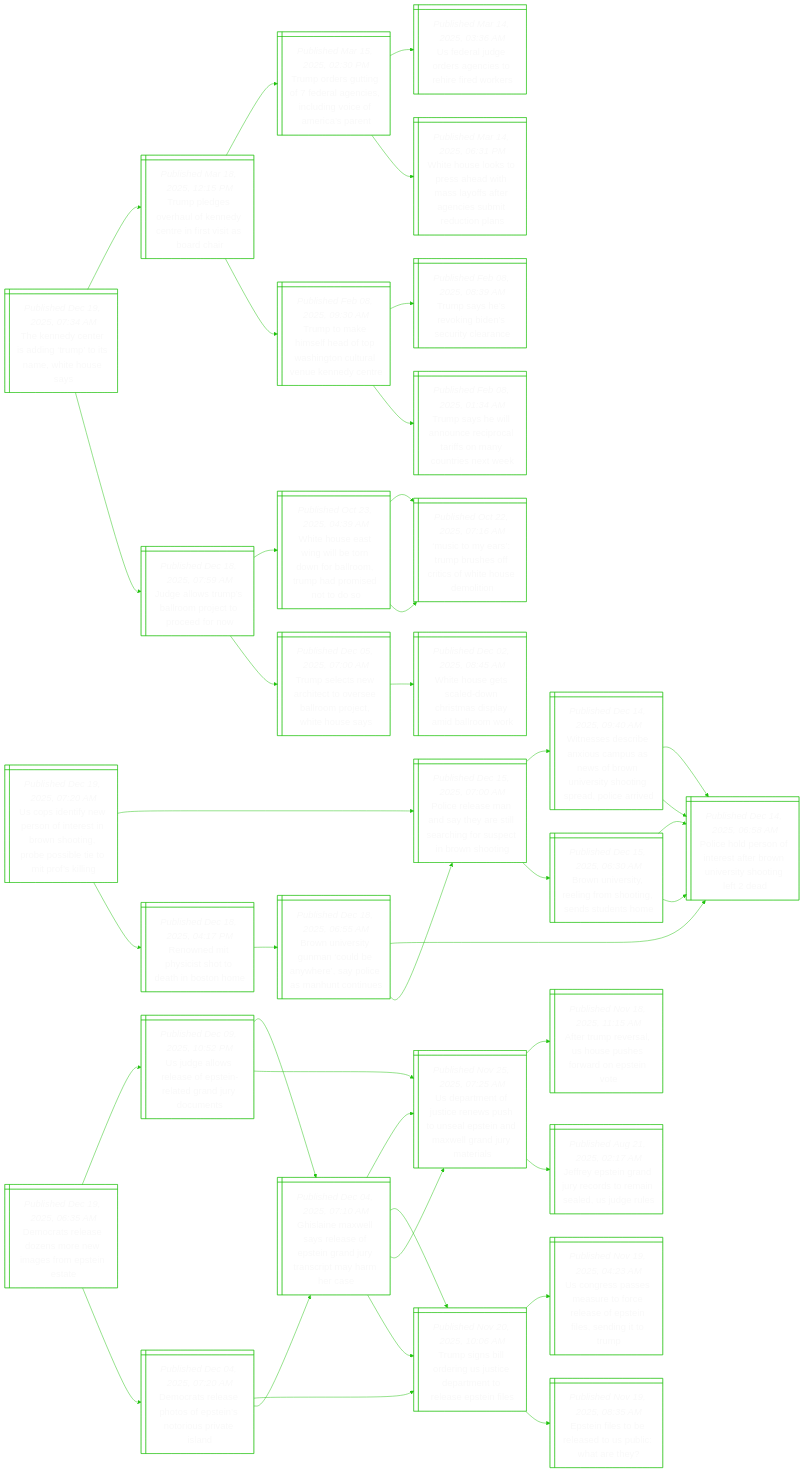
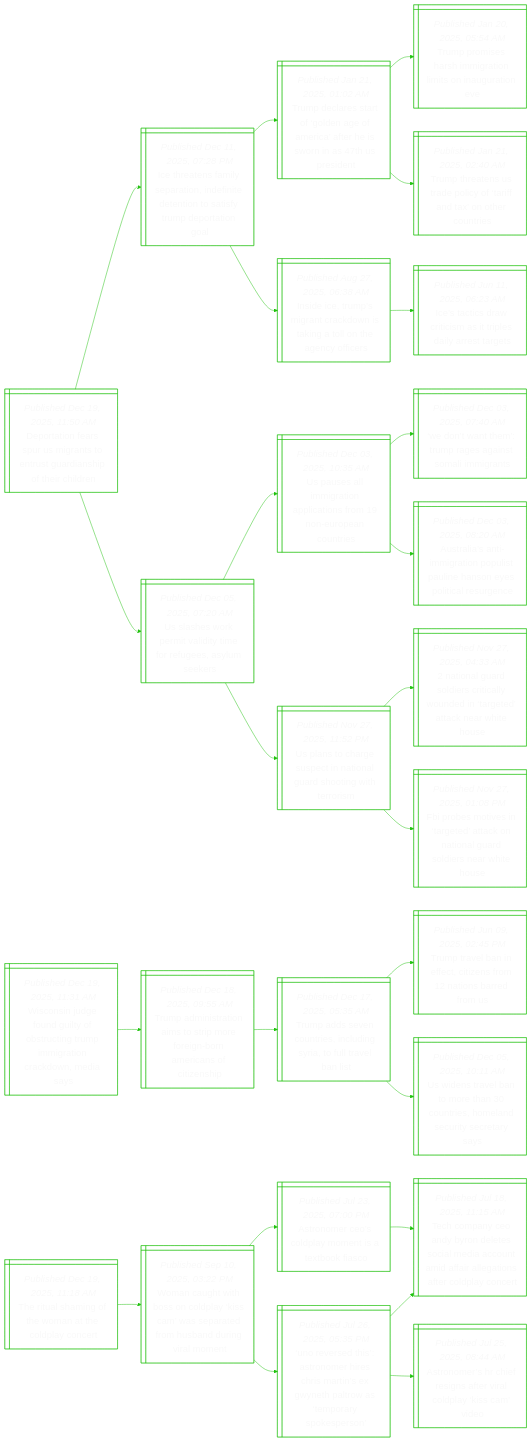
Before and after one commit to notJmes/notJmes: the diagram in README.md, drawn with Mermaid. The commit also changed other lines of this file, not shown here.

````diff
--- a/README.md
+++ b/README.md
@@ -16,130 +16,85 @@
 flowchart LR
 classDef txtsize font-size:20px;
 
-TnCrdroaiuy@{ shape: win-pane, label: "_Published Dec 19, 2025, 07:34 AM_
-The kennedy center is adding ‘trump’ to its name, white house says" }
-Tperoneisioh@{ shape: win-pane, label: "_Published Mar 18, 2025, 12:15 PM_
-Trump pledges overhaul of kennedy centre in first visit as board chair" }
-Tosifanidofia@{ shape: win-pane, label: "_Published Mar 15, 2025, 02:30 PM_
-Trump orders gutting of 7 federal agencies, including voice of america’s parent" }
-Ueurairede@{ shape: win-pane, label: "_Published Mar 14, 2025, 03:36 AM_
-Us federal judge orders agencies to rehire fired workers" }
-WHltsahlfenstcp@{ shape: win-pane, label: "_Published Mar 14, 2025, 06:31 PM_
-White house looks to press ahead with mass layoffs after agencies submit reduction plans" }
-TteeaohotvKdt@{ shape: win-pane, label: "_Published Feb 08, 2025, 09:30 AM_
-Trump to make himself head of top washington cultural venue kennedy centre" }
-TseoBsrln@{ shape: win-pane, label: "_Published Feb 08, 2025, 08:39 AM_
-Trump says he’s revoking biden’s security clearance" }
-Tseanccroytne@{ shape: win-pane, label: "_Published Feb 08, 2025, 01:34 AM_
-Trump says he will announce reciprocal tariffs on many countries next week" }
-Jasplpcrdo@{ shape: win-pane, label: "_Published Dec 18, 2025, 07:59 AM_
-Judge allows trump’s ballroom project to proceed for now" }
-WHEilowboudioo@{ shape: win-pane, label: "_Published Oct 23, 2025, 04:39 AM_
-White house east wing will be torn down for ballroom, trump had promised not to do so" }
-Mtauuoiotsoo@{ shape: win-pane, label: "_Published Oct 22, 2025, 07:16 AM_
-‘music to my ears’: trump brushes off critics of white house demolition" }
-Mtauuoiotsoo@{ shape: win-pane, label: "_Published Oct 22, 2025, 07:16 AM_
-‘music to my ears’: trump brushes off critics of white house demolition" }
-Tstatoslmeiuy@{ shape: win-pane, label: "_Published Dec 05, 2025, 07:00 AM_
-Trump selects new architect to oversee ballroom project, white house says" }
-WHgcdhmsaaok@{ shape: win-pane, label: "_Published Dec 02, 2025, 08:45 AM_
-White house gets scaled-down christmas display amid ballroom work" }
+DtnsUrtruapein@{ shape: win-pane, label: "_Published Dec 19, 2025, 11:50 AM_
+Deportation fears spur us migrants to entrust guardianship of their children" }
+Irnipiditoayprol@{ shape: win-pane, label: "_Published Dec 11, 2025, 07:28 PM_
+Ice threatens family separation, indefinite detention to satisfy trump deportation goal" }
+TdragnfitirsPd@{ shape: win-pane, label: "_Published Jan 21, 2025, 01:02 AM_
+Trump declares start of ‘golden age of america’ after he is sworn in as 47th us president" }
+Tpsrmtioutv@{ shape: win-pane, label: "_Published Jan 20, 2025, 05:54 AM_
+Trump promises harsh immigration limits on inauguration eve" }
+TttSecaaxhue@{ shape: win-pane, label: "_Published Jan 21, 2025, 02:40 AM_
+Trump threatens us trade policy of ‘tariff and tax’ on other countries" }
+Iermncnktngoe@{ shape: win-pane, label: "_Published Aug 27, 2025, 06:38 AM_
+Inside ice, trump’s migrant crackdown is taking a toll on the agency officers" }
+Iasccsidate@{ shape: win-pane, label: "_Published Jun 11, 2025, 06:23 AM_
+Ice’s tactics draw criticism as it triples daily arrest targets" }
+Usorateeele@{ shape: win-pane, label: "_Published Dec 05, 2025, 07:20 AM_
+Us slashes work permit validity time for refugees, asylum seekers" }
+Uslgolirnpoi@{ shape: win-pane, label: "_Published Dec 03, 2025, 10:35 AM_
+Us pauses all immigration applications from 19 non-european countries" }
+Wttragtlit@{ shape: win-pane, label: "_Published Dec 03, 2025, 07:40 AM_
+‘we don’t want them’: trump rages against somali immigrants" }
+AaamapiuHnpiee@{ shape: win-pane, label: "_Published Dec 03, 2025, 08:20 AM_
+Australia’s anti-immigration populist pauline hanson eyes political resurgence" }
+Unhscaarowei@{ shape: win-pane, label: "_Published Nov 27, 2025, 11:52 PM_
+Us plans to charge suspect in national guard shooting with terrorism" }
+Nnalsiydttteiu@{ shape: win-pane, label: "_Published Nov 27, 2025, 04:33 AM_
+2 national guard soldiers critically wounded in ‘targeted’ attack near white house" }
+Foosrdcaardnho@{ shape: win-pane, label: "_Published Nov 27, 2025, 01:08 PM_
+Fbi probes motives in ‘targeted’ attack on national guard soldiers near white house" }
 
-TnCrdroaiuy:::txtsize --> Tperoneisioh:::txtsize
-Tperoneisioh:::txtsize --> Tosifanidofia:::txtsize
-Tosifanidofia:::txtsize --> Ueurairede:::txtsize
-Tosifanidofia:::txtsize --> WHltsahlfenstcp:::txtsize
-Tperoneisioh:::txtsize --> TteeaohotvKdt:::txtsize
-TteeaohotvKdt:::txtsize --> TseoBsrln:::txtsize
-TteeaohotvKdt:::txtsize --> Tseanccroytne:::txtsize
-TnCrdroaiuy:::txtsize --> Jasplpcrdo:::txtsize
-Jasplpcrdo:::txtsize --> WHEilowboudioo:::txtsize
-WHEilowboudioo:::txtsize --> Mtauuoiotsoo:::txtsize
-WHEilowboudioo:::txtsize --> Mtauuoiotsoo:::txtsize
-Jasplpcrdo:::txtsize --> Tstatoslmeiuy:::txtsize
-Tstatoslmeiuy:::txtsize --> WHgcdhmsaaok:::txtsize
+DtnsUrtruapein:::txtsize --> Irnipiditoayprol:::txtsize
+Irnipiditoayprol:::txtsize --> TdragnfitirsPd:::txtsize
+TdragnfitirsPd:::txtsize --> Tpsrmtioutv:::txtsize
+TdragnfitirsPd:::txtsize --> TttSecaaxhue:::txtsize
+Irnipiditoayprol:::txtsize --> Iermncnktngoe:::txtsize
+Iermncnktngoe:::txtsize --> Iasccsidate:::txtsize
+DtnsUrtruapein:::txtsize --> Usorateeele:::txtsize
+Usorateeele:::txtsize --> Uslgolirnpoi:::txtsize
+Uslgolirnpoi:::txtsize --> Wttragtlit:::txtsize
+Uslgolirnpoi:::txtsize --> AaamapiuHnpiee:::txtsize
+Usorateeele:::txtsize --> Unhscaarowei:::txtsize
+Unhscaarowei:::txtsize --> Nnalsiydttteiu:::txtsize
+Unhscaarowei:::txtsize --> Foosrdcaardnho:::txtsize
 
-UstesieBsioseorig@{ shape: win-pane, label: "_Published Dec 19, 2025, 07:20 AM_
-Us cops identify new person of interest in brown shooting, probe possible tie to mit prof’s killing" }
-PeanayteireBsi@{ shape: win-pane, label: "_Published Dec 15, 2025, 07:00 AM_
-Police release man and say they are still searching for suspect in brown shooting" }
-Wsebiaasoiiogair@{ shape: win-pane, label: "_Published Dec 14, 2025, 09:40 AM_
-Witnesses describe anxious campus as news of brown university shooting spread, police arrived" }
-Pepnttrneytea@{ shape: win-pane, label: "_Published Dec 14, 2025, 06:58 AM_
-Police hold person of interest after brown university shooting left 2 dead" }
-Pepnttrneytea@{ shape: win-pane, label: "_Published Dec 14, 2025, 06:58 AM_
-Police hold person of interest after brown university shooting left 2 dead" }
-BUrrnmtette@{ shape: win-pane, label: "_Published Dec 15, 2025, 06:30 AM_
-Brown university, reeling from shooting, sends students home" }
-Pepnttrneytea@{ shape: win-pane, label: "_Published Dec 14, 2025, 06:58 AM_
-Police hold person of interest after brown university shooting left 2 dead" }
-Pepnttrneytea@{ shape: win-pane, label: "_Published Dec 14, 2025, 06:58 AM_
-Police hold person of interest after brown university shooting left 2 dead" }
-RnTisohso@{ shape: win-pane, label: "_Published Dec 18, 2025, 04:17 PM_
-Renowned mit physicist shot to death in boston home" }
-BUrgndyeoahou@{ shape: win-pane, label: "_Published Dec 18, 2025, 06:55 AM_
-Brown university gunman ‘could be anywhere’, say police as manhunt continues" }
-Pepnttrneytea@{ shape: win-pane, label: "_Published Dec 14, 2025, 06:58 AM_
-Police hold person of interest after brown university shooting left 2 dead" }
-PeanayteireBsi@{ shape: win-pane, label: "_Published Dec 15, 2025, 07:00 AM_
-Police release man and say they are still searching for suspect in brown shooting" }
+Wnuouotiumtrody@{ shape: win-pane, label: "_Published Dec 19, 2025, 11:31 AM_
+Wisconsin judge found guilty of obstructing trump immigration crackdown, media says" }
+TaitismonAcfzi@{ shape: win-pane, label: "_Published Dec 18, 2025, 09:55 AM_
+Trump administration aims to strip more foreign-born americans of citizenship" }
+Taeoicniuaat@{ shape: win-pane, label: "_Published Dec 17, 2025, 05:35 AM_
+Trump adds seven countries, including syria, to full travel ban list" }
+Ttlncifasem@{ shape: win-pane, label: "_Published Jun 09, 2025, 02:45 PM_
+Trump travel ban in effect, citizens from 12 nations barred from us" }
+Ueaaoansletry@{ shape: win-pane, label: "_Published Dec 05, 2025, 10:11 AM_
+Us widens travel ban to more than 30 countries, homeland security secretary says" }
 
-UstesieBsioseorig:::txtsize --> PeanayteireBsi:::txtsize
-PeanayteireBsi:::txtsize --> Wsebiaasoiiogair:::txtsize
-Wsebiaasoiiogair:::txtsize --> Pepnttrneytea:::txtsize
-Wsebiaasoiiogair:::txtsize --> Pepnttrneytea:::txtsize
-PeanayteireBsi:::txtsize --> BUrrnmtette:::txtsize
-BUrrnmtette:::txtsize --> Pepnttrneytea:::txtsize
-BUrrnmtette:::txtsize --> Pepnttrneytea:::txtsize
-UstesieBsioseorig:::txtsize --> RnTisohso:::txtsize
-RnTisohso:::txtsize --> BUrgndyeoahou:::txtsize
-BUrgndyeoahou:::txtsize --> Pepnttrneytea:::txtsize
-BUrgndyeoahou:::txtsize --> PeanayteireBsi:::txtsize
+Wnuouotiumtrody:::txtsize --> TaitismonAcfzi:::txtsize
+TaitismonAcfzi:::txtsize --> Taeoicniuaat:::txtsize
+Taeoicniuaat:::txtsize --> Ttlncifasem:::txtsize
+Taeoicniuaat:::txtsize --> Ueaaoansletry:::txtsize
 
-Dreenemfpnt@{ shape: win-pane, label: "_Published Dec 19, 2025, 06:35 AM_
-Democrats release dozens more new images from epstein estate" }
-Ugoloteddde@{ shape: win-pane, label: "_Published Dec 09, 2025, 10:52 PM_
-Us judge allows release of epstein-related grand jury documents" }
-Gaalrspndtcmrc@{ shape: win-pane, label: "_Published Dec 04, 2025, 07:10 AM_
-Ghislaine maxwell says release of epstein grand jury transcript may harm her case" }
-Uanuewhspnaldmi@{ shape: win-pane, label: "_Published Nov 25, 2025, 07:25 AM_
-Us department of justice renews push to unseal epstein and maxwell grand jury materials" }
-TsBrnuertlEie@{ shape: win-pane, label: "_Published Nov 20, 2025, 10:06 AM_
-Trump signs bill ordering us justice department to release epstein files" }
-Uanuewhspnaldmi@{ shape: win-pane, label: "_Published Nov 25, 2025, 07:25 AM_
-Us department of justice renews push to unseal epstein and maxwell grand jury materials" }
-ATrsHpsaEie@{ shape: win-pane, label: "_Published Nov 18, 2025, 11:15 AM_
-After trump reversal, us house pushes forward on epstein vote" }
-JetructaaSes@{ shape: win-pane, label: "_Published Aug 21, 2025, 02:17 AM_
-Jeffrey epstein grand jury records to remain sealed, us judge rules" }
-Dreeopnosal@{ shape: win-pane, label: "_Published Dec 04, 2025, 07:20 AM_
-Democrats release photos of epstein’s notorious private island" }
-TsBrnuertlEie@{ shape: win-pane, label: "_Published Nov 20, 2025, 10:06 AM_
-Trump signs bill ordering us justice department to release epstein files" }
-Ugpsufrspnsitm@{ shape: win-pane, label: "_Published Nov 19, 2025, 04:23 AM_
-Us congress passes measure to force release of epstein files, sending it to trump" }
-Eieeaobhe@{ shape: win-pane, label: "_Published Nov 19, 2025, 08:35 AM_
-Epstein files to be released to us public: what are they?" }
-Gaalrspndtcmrc@{ shape: win-pane, label: "_Published Dec 04, 2025, 07:10 AM_
-Ghislaine maxwell says release of epstein grand jury transcript may harm her case" }
-Uanuewhspnaldmi@{ shape: win-pane, label: "_Published Nov 25, 2025, 07:25 AM_
-Us department of justice renews push to unseal epstein and maxwell grand jury materials" }
-TsBrnuertlEie@{ shape: win-pane, label: "_Published Nov 20, 2025, 10:06 AM_
-Trump signs bill ordering us justice department to release epstein files" }
+Tthgenepot@{ shape: win-pane, label: "_Published Dec 19, 2025, 11:18 AM_
+The ritual shaming of the woman at the coldplay concert" }
+Wctbnpimetobuvmt@{ shape: win-pane, label: "_Published Sep 10, 2025, 03:22 PM_
+Woman caught with boss on coldplay ‘kiss cam’ was separated from husband during viral moment" }
+AnCoaeabi@{ shape: win-pane, label: "_Published Jul 23, 2025, 07:00 PM_
+Astronomer ceo’s coldplay moment is a textbook fiasco" }
+Toynrlslauialifoac@{ shape: win-pane, label: "_Published Jul 18, 2025, 11:15 AM_
+Tech company ceo andy byron deletes social media account amid affair allegations after coldplay concert" }
+UvdAnhCMnwhrtrppn@{ shape: win-pane, label: "_Published Jul 26, 2025, 05:35 PM_
+‘uno reversed this’: astronomer hires chris martin’s ex gwyneth paltrow as ‘temporary spokesperson’" }
+Toynrlslauialifoac@{ shape: win-pane, label: "_Published Jul 18, 2025, 11:15 AM_
+Tech company ceo andy byron deletes social media account amid affair allegations after coldplay concert" }
+AnsisavClsv@{ shape: win-pane, label: "_Published Jul 25, 2025, 08:44 AM_
+Astronomer’s hr chief resigns after viral coldplay ‘kiss cam’ video" }
 
-Dreenemfpnt:::txtsize --> Ugoloteddde:::txtsize
-Ugoloteddde:::txtsize --> Gaalrspndtcmrc:::txtsize
-Gaalrspndtcmrc:::txtsize --> Uanuewhspnaldmi:::txtsize
-Gaalrspndtcmrc:::txtsize --> TsBrnuertlEie:::txtsize
-Ugoloteddde:::txtsize --> Uanuewhspnaldmi:::txtsize
-Uanuewhspnaldmi:::txtsize --> ATrsHpsaEie:::txtsize
-Uanuewhspnaldmi:::txtsize --> JetructaaSes:::txtsize
-Dreenemfpnt:::txtsize --> Dreeopnosal:::txtsize
-Dreeopnosal:::txtsize --> TsBrnuertlEie:::txtsize
-TsBrnuertlEie:::txtsize --> Ugpsufrspnsitm:::txtsize
-TsBrnuertlEie:::txtsize --> Eieeaobhe:::txtsize
-Dreeopnosal:::txtsize --> Gaalrspndtcmrc:::txtsize
-Gaalrspndtcmrc:::txtsize --> Uanuewhspnaldmi:::txtsize
-Gaalrspndtcmrc:::txtsize --> TsBrnuertlEie:::txtsize
+Tthgenepot:::txtsize --> Wctbnpimetobuvmt:::txtsize
+Wctbnpimetobuvmt:::txtsize --> AnCoaeabi:::txtsize
+AnCoaeabi:::txtsize --> Toynrlslauialifoac:::txtsize
+Wctbnpimetobuvmt:::txtsize --> UvdAnhCMnwhrtrppn:::txtsize
+UvdAnhCMnwhrtrppn:::txtsize --> Toynrlslauialifoac:::txtsize
+UvdAnhCMnwhrtrppn:::txtsize --> AnsisavClsv:::txtsize
 
 ```
````
